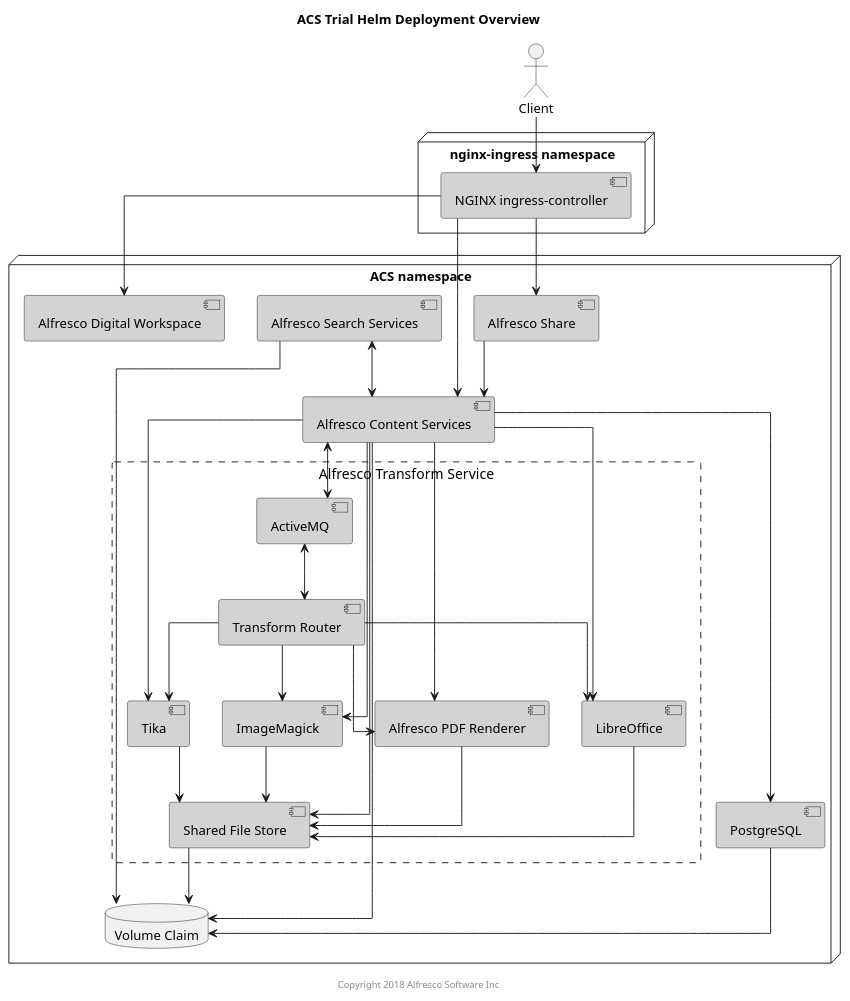
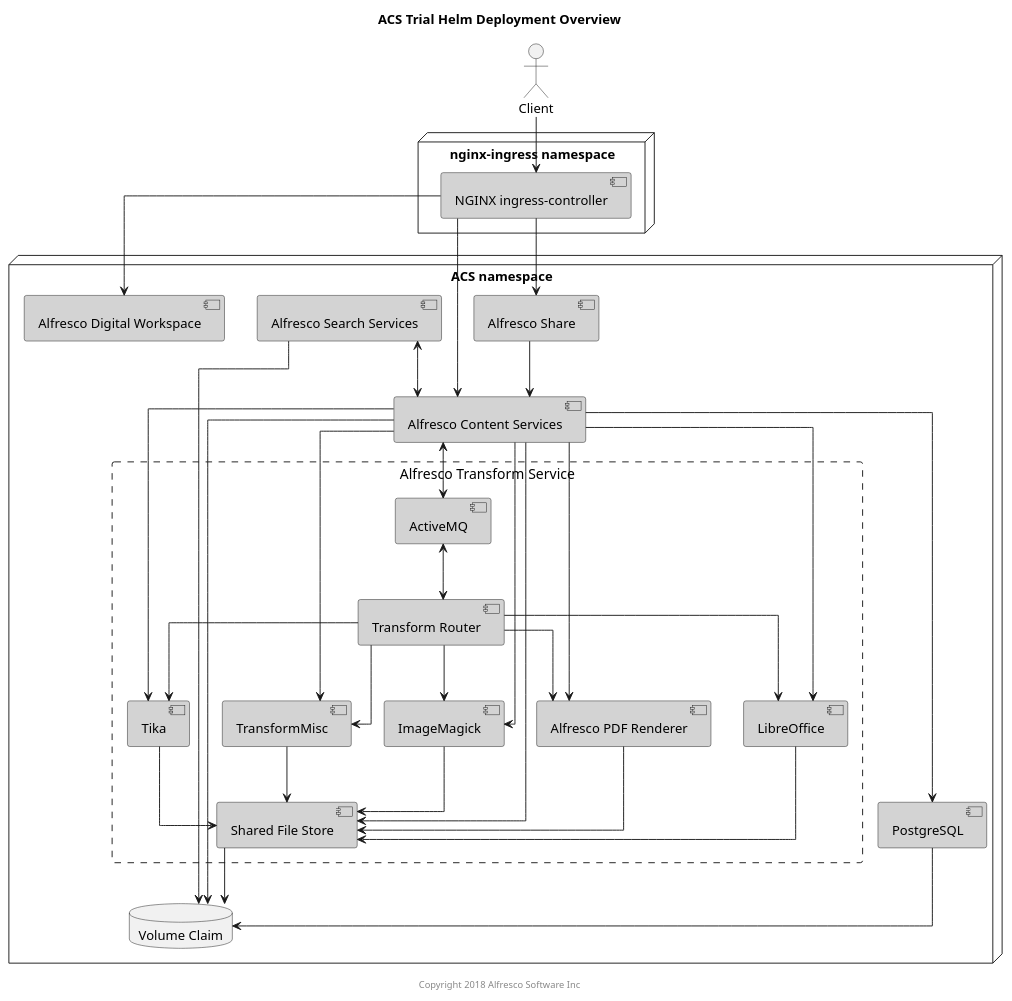
Before and after one commit to Alfresco/acs-deployment: the diagram in docs/diagrams/helm-chart/helm-components-trial.puml, drawn with PlantUML. The commit also changed 7 other files, not shown here.

Commit message:
Update docs/diagrams to include TransformMisc

```diff
--- a/docs/diagrams/helm-chart/helm-components-trial.puml
+++ b/docs/diagrams/helm-chart/helm-components-trial.puml
@@ -1,69 +1,73 @@
 @startuml
 
 Title: ACS Trial Helm Deployment Overview
 
 skinparam componentStyle uml2
 skinparam linetype ortho
 skinparam rectangle {
     BorderStyle dashed
     FontSize 15
     FontStyle none
 }
 
 actor Client
 
 node "nginx-ingress namespace" {
     component "NGINX ingress-controller" as nginx #lightgrey
 }
 
 node "ACS namespace" {
     component "Alfresco Digital Workspace" as adw #lightgrey
     component "Alfresco Content Services" as acs #lightgrey
     component "Alfresco Search Services" as ass #lightgrey
     component "PostgreSQL" as psql #lightgrey
     component "Alfresco Share" as share #lightgrey
     database "Volume Claim" as vc
     rectangle "Alfresco Transform Service" {
         component "Transform Router" as tr #lightgrey
         component "Shared File Store" as sfs #lightgrey
         component "ActiveMQ" as amq #lightgrey
         component "Alfresco PDF Renderer" as pdfr #lightgrey
         component "LibreOffice" as libr #lightgrey
         component "ImageMagick" as img #lightgrey
         component "Tika" as tika #lightgrey
+        component "TransformMisc" as misc #lightgrey
     }
 }
 
 Client --> nginx
 
 nginx --> acs
 nginx --> share
 nginx --> adw
 
 acs --> vc
 ass --> vc
 psql --> vc
 sfs --> vc
 
 ass <--> acs
 acs --> psql
 acs --> pdfr
 acs --> libr
 acs --> img
 acs --> tika
+acs --> misc
 acs --> sfs
 acs <--> amq
 tr --> pdfr
 tr --> libr
 tr --> img
 tr --> tika
+tr --> misc
 tr <-up-> amq
 pdfr --> sfs
 libr --> sfs
 img --> sfs
 tika --> sfs
+misc --> sfs
 share --> acs
 
 center footer Copyright 2018 Alfresco Software Inc
 
 @enduml
```
